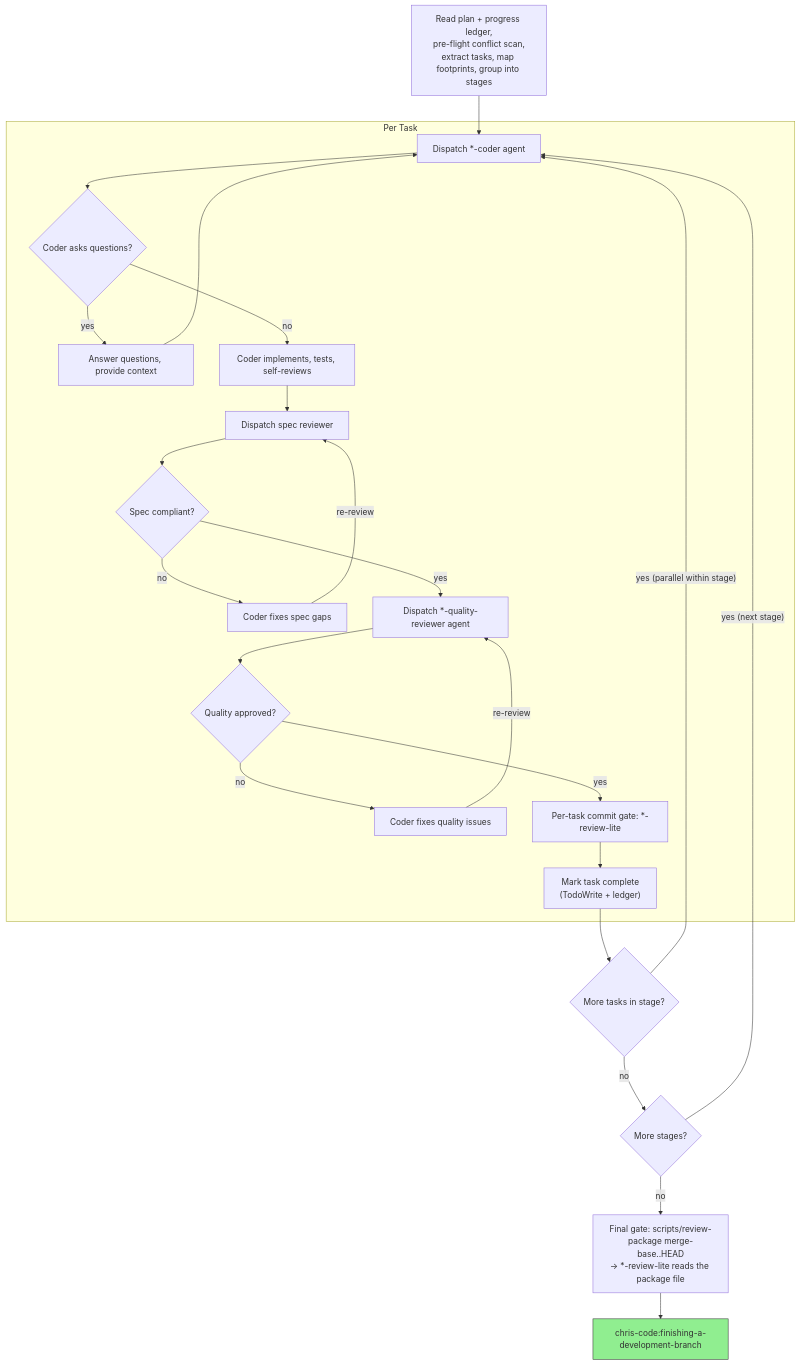
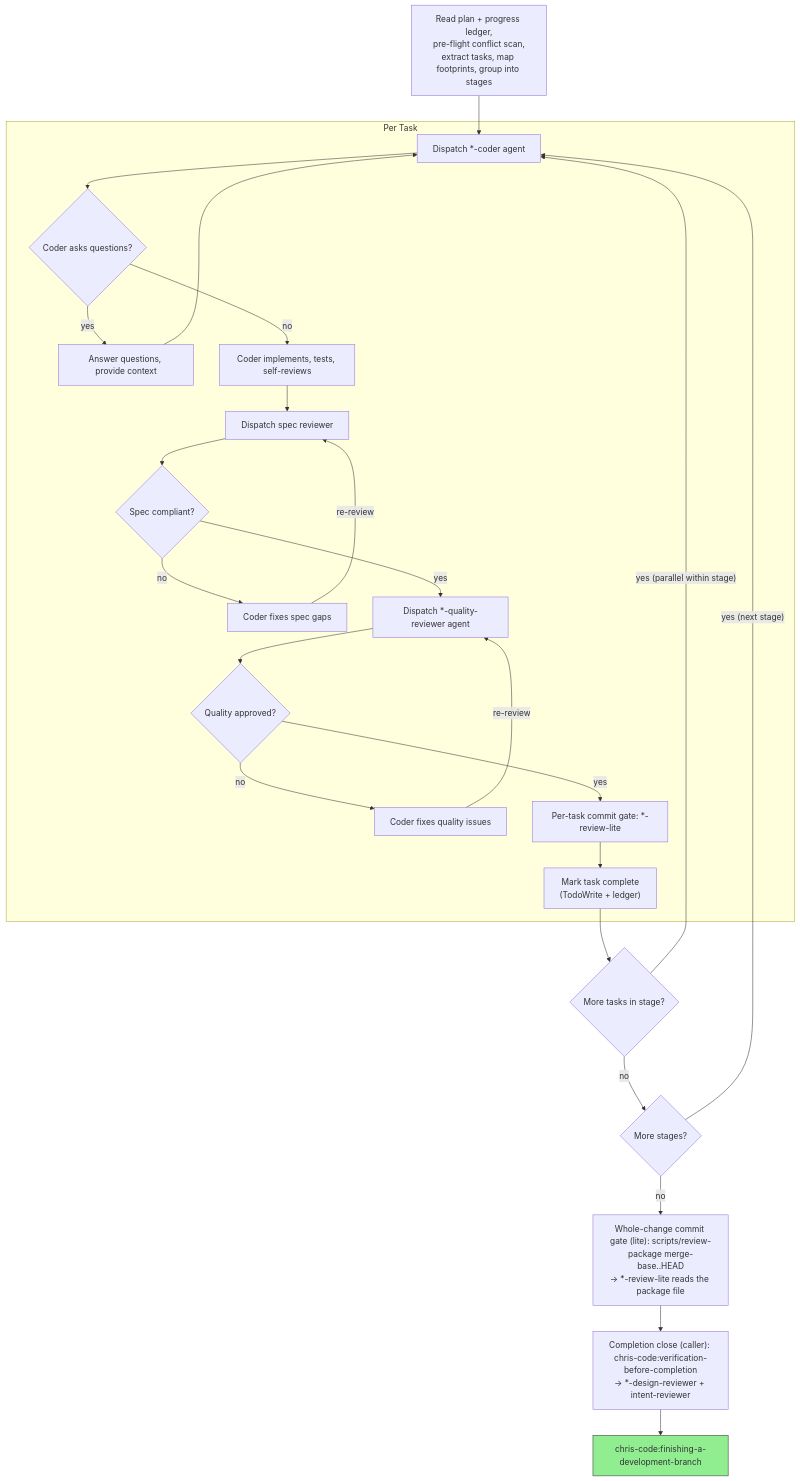
One commit to chris-santiago/claude-plugins changed the diagram in chris-code/skills/subagent-driven-development/SKILL.md. Above: the diagram before and after it, drawn with Mermaid. The commit also changed other lines of this file and 4 other files, not shown here.

First line of the commit message:
Clarify completion gates: lite is not the close; discriminating checks; shared-contract verify scope

````diff
--- a/chris-code/skills/subagent-driven-development/SKILL.md
+++ b/chris-code/skills/subagent-driven-development/SKILL.md
@@ -27,47 +27,49 @@
 ```mermaid
 flowchart TB
     subgraph Per Task
         coder["Dispatch *-coder agent"]
         questions{"Coder asks questions?"}
         answer["Answer questions, provide context"]
         implement["Coder implements, tests, self-reviews"]
         spec_rev["Dispatch spec reviewer"]
         spec_ok{"Spec compliant?"}
         fix_spec["Coder fixes spec gaps"]
         quality_rev["Dispatch *-quality-reviewer agent"]
         quality_ok{"Quality approved?"}
         fix_quality["Coder fixes quality issues"]
         commit_gate["Per-task commit gate: *-review-lite"]
         done["Mark task complete<br/>(TodoWrite + ledger)"]
     end
 
     read["Read plan + progress ledger,<br/>pre-flight conflict scan,<br/>extract tasks, map footprints, group into stages"]
     more_tasks{"More tasks in stage?"}
     more_stages{"More stages?"}
-    final_gate["Final gate: scripts/review-package merge-base..HEAD<br/>→ *-review-lite reads the package file"]
+    final_gate["Whole-change commit gate (lite): scripts/review-package merge-base..HEAD<br/>→ *-review-lite reads the package file"]
+    verification["Completion close (caller): chris-code:verification-before-completion<br/>→ *-design-reviewer + intent-reviewer"]
     finish["chris-code:finishing-a-development-branch"]:::finish
 
     read --> coder
     coder --> questions
     questions -->|yes| answer
     answer --> coder
     questions -->|no| implement
     implement --> spec_rev
     spec_rev --> spec_ok
     spec_ok -->|no| fix_spec
     fix_spec -->|re-review| spec_rev
     spec_ok -->|yes| quality_rev
     quality_rev --> quality_ok
     quality_ok -->|no| fix_quality
     fix_quality -->|re-review| quality_rev
     quality_ok -->|yes| commit_gate
     commit_gate --> done
     done --> more_tasks
     more_tasks -->|"yes (parallel within stage)"| coder
     more_tasks -->|no| more_stages
     more_stages -->|"yes (next stage)"| coder
     more_stages -->|no| final_gate
-    final_gate --> finish
+    final_gate --> verification
+    verification --> finish
 
     classDef finish fill:#90EE90,stroke:#333
 ```
````
